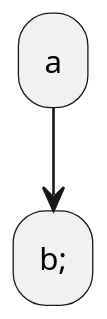
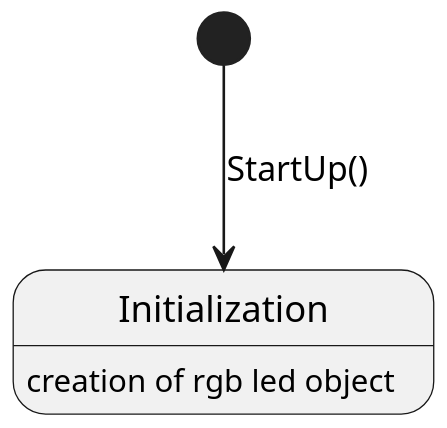
Before and after one commit to vincentdman/S4project: the diagram in main/scripts/diagram.plantuml, drawn with PlantUML.

Commit message:
Basic plant uml diagram added

```diff
--- a/main/scripts/diagram.plantuml
+++ b/main/scripts/diagram.plantuml
@@ -1,4 +1,9 @@
 @startuml S4_Diagram
 scale 2
-a --> b; 
+[*] --> Initialization : StartUp()
+Initialization : creation of rgb led object
+
+
+
+
 @enduml
```
